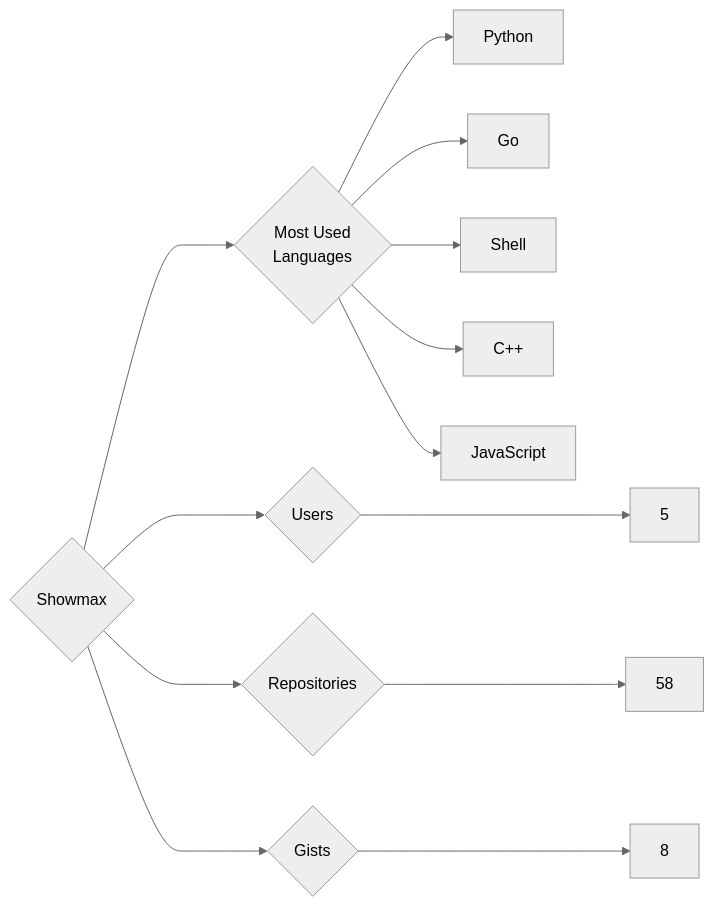
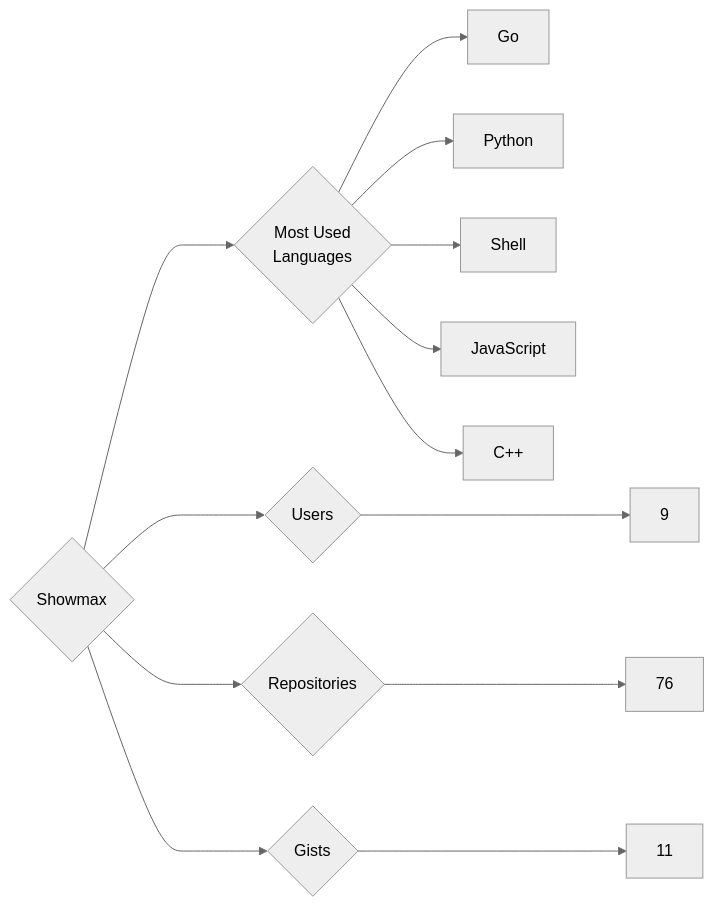
The diagram in targets/Showmax/README.md (trickest/insiders), drawn with Mermaid (neutral theme) before and after one commit. The commit also changed 965 other files, not shown here.

````diff
--- a/targets/Showmax/README.md
+++ b/targets/Showmax/README.md
@@ -3,13 +3,13 @@
 ```mermaid
 graph LR
 COMPANY_NAME{Showmax}
-COMPANY_NAME ---> U{Users} ---> UN[5]
-COMPANY_NAME ---> R{Repositories} ---> RN[58]
-COMPANY_NAME ---> G{Gists} ---> GN[8]
+COMPANY_NAME ---> U{Users} ---> UN[9]
+COMPANY_NAME ---> R{Repositories} ---> RN[76]
+COMPANY_NAME ---> G{Gists} ---> GN[11]
 COMPANY_NAME ---> ML{Most Used<br>Languages}
+ML --> Go[Go]
 ML --> Python[Python]
-ML --> Go[Go]
 ML --> Shell[Shell]
+ML --> JavaScript[JavaScript]
 ML --> C++[C++]
-ML --> JavaScript[JavaScript]
 ```
````
